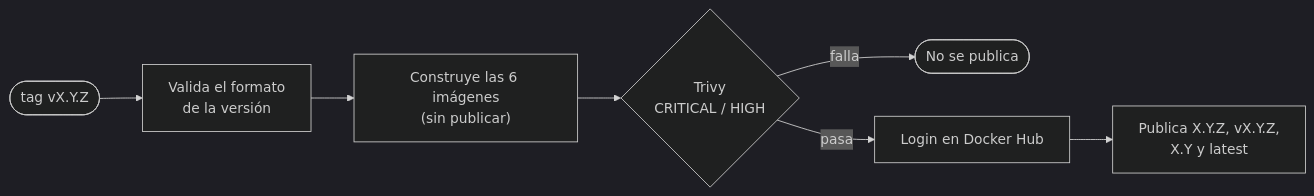
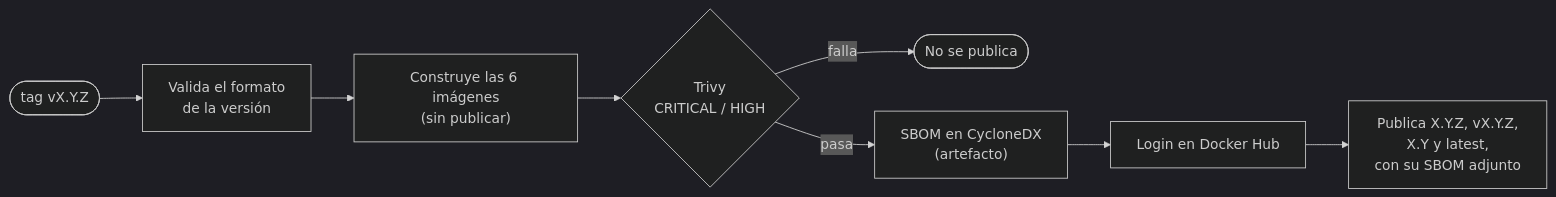
Before and after one commit to NicolasPineda1421/LiveMetric: the eighth of 8 diagrams in docs/informe-tecnico.md, drawn with Mermaid (dark theme). The commit also changed other lines of this file and 12 other files, not shown here.

First line of the commit message:
SBOM en CycloneDX de cada servicio: en cada push, al publicar y en la PC

````diff
--- a/docs/informe-tecnico.md
+++ b/docs/informe-tecnico.md
@@ -402,9 +402,10 @@
 ```mermaid
 flowchart LR
     T(["tag vX.Y.Z"]) --> V["Valida el formato<br/>de la versión"]
     V --> B["Construye las 6 imágenes<br/>(sin publicar)"]
     B --> TR{"Trivy<br/>CRITICAL / HIGH"}
     TR -->|"falla"| X(["No se publica"])
-    TR -->|"pasa"| L["Login en Docker Hub"]
-    L --> H["Publica X.Y.Z, vX.Y.Z,<br/>X.Y y latest"]
+    TR -->|"pasa"| S["SBOM en CycloneDX<br/>(artefacto)"]
+    S --> L["Login en Docker Hub"]
+    L --> H["Publica X.Y.Z, vX.Y.Z,<br/>X.Y y latest,<br/>con su SBOM adjunto"]
 ```
````
